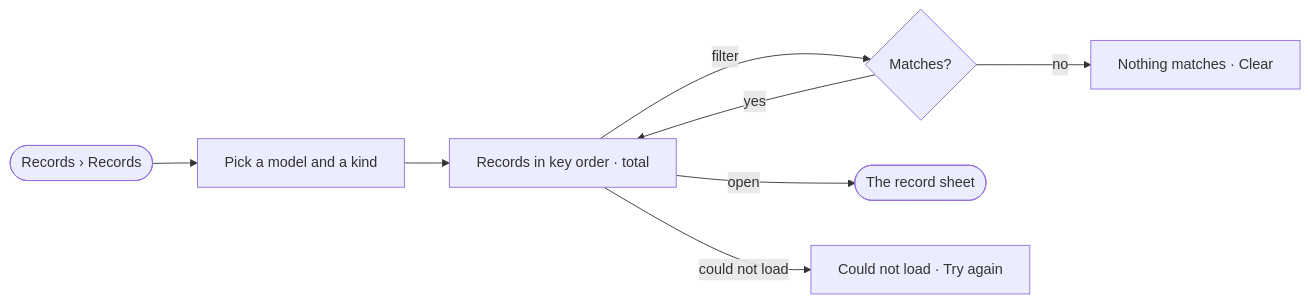
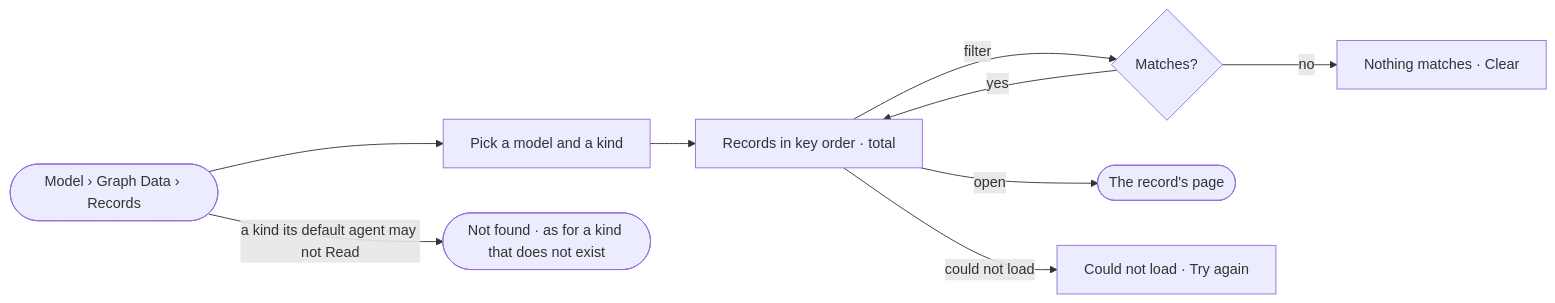
The diagram in specs/capabilities/records/features/RC-F01-records-by-kind/stories/RC-01-browse-the-records-of-a-kind/story.md (invana/invana), drawn with Mermaid before and after one commit. The commit also changed other lines of this file and 456 other files, not shown here.

````diff
--- a/specs/capabilities/records/features/RC-F01-records-by-kind/stories/RC-01-browse-the-records-of-a-kind/story.md
+++ b/specs/capabilities/records/features/RC-F01-records-by-kind/stories/RC-01-browse-the-records-of-a-kind/story.md
@@ -27,9 +28,10 @@
 ```mermaid
 flowchart LR
-  a([Records › Records]) --> k[Pick a model and a kind] --> l[Records in key order · total]
+  a([Model › Graph Data › Records]) --> k[Pick a model and a kind] --> l[Records in key order · total]
   l -->|filter| fl{Matches?}
   fl -->|no| ef[Nothing matches · Clear]
   fl -->|yes| l
-  l -->|open| r([The record sheet])
+  l -->|open| r([The record's page])
   l -->|could not load| f[Could not load · Try again]
+  a -->|a kind its default agent may not Read| w([Not found · as for a kind that does not exist])
 ```
````
